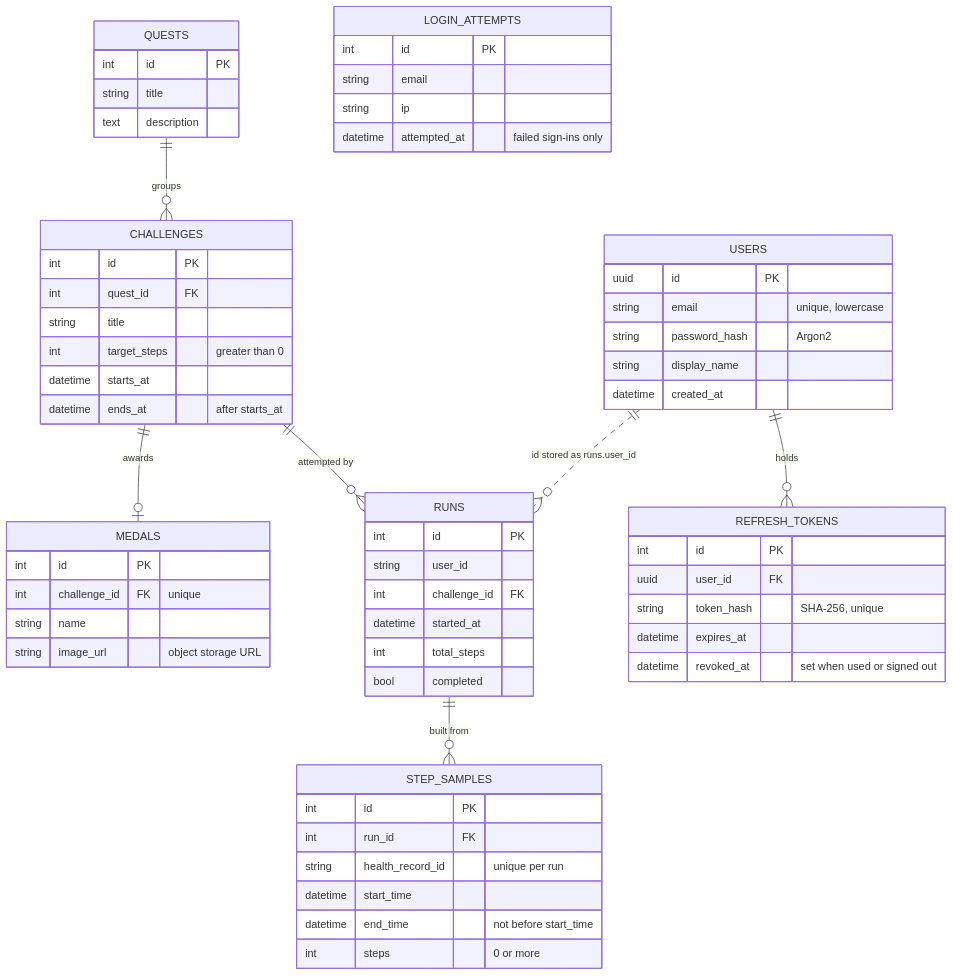
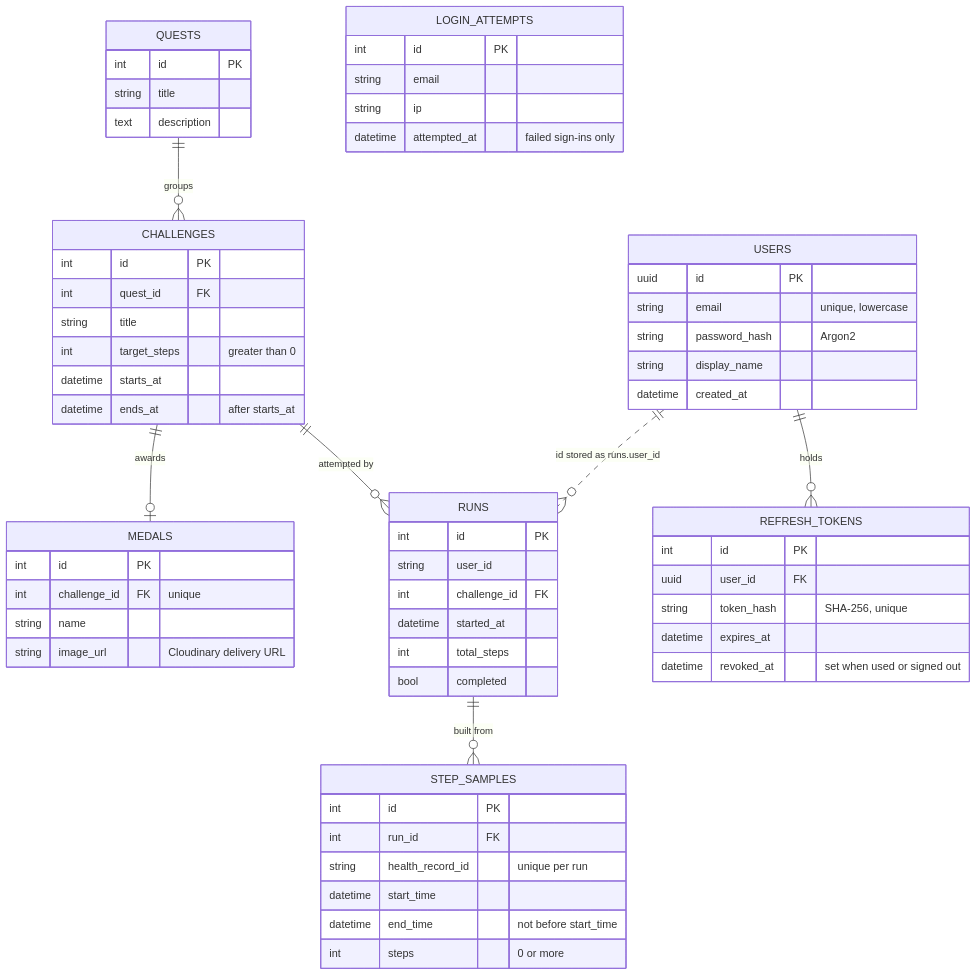
Before and after one commit to huynguyennang-agilityio/claude-code-training: the eighth of 9 diagrams in docs/architecture.md, drawn with Mermaid. The commit also changed other lines of this file and 19 other files, not shown here.

````diff
--- a/docs/architecture.md
+++ b/docs/architecture.md
@@ -291,65 +291,65 @@
 ```mermaid
 erDiagram
     QUESTS ||--o{ CHALLENGES : groups
     CHALLENGES ||--o| MEDALS : awards
     CHALLENGES ||--o{ RUNS : "attempted by"
     RUNS ||--o{ STEP_SAMPLES : "built from"
     USERS ||--o{ REFRESH_TOKENS : holds
     USERS ||..o{ RUNS : "id stored as runs.user_id"
 
     QUESTS {
         int id PK
         string title
         text description
     }
     CHALLENGES {
         int id PK
         int quest_id FK
         string title
         int target_steps "greater than 0"
         datetime starts_at
         datetime ends_at "after starts_at"
     }
     MEDALS {
         int id PK
         int challenge_id FK "unique"
         string name
-        string image_url "object storage URL"
+        string image_url "Cloudinary delivery URL"
     }
     RUNS {
         int id PK
         string user_id
         int challenge_id FK
         datetime started_at
         int total_steps
         bool completed
     }
     STEP_SAMPLES {
         int id PK
         int run_id FK
         string health_record_id "unique per run"
         datetime start_time
         datetime end_time "not before start_time"
         int steps "0 or more"
     }
     USERS {
         uuid id PK
         string email "unique, lowercase"
         string password_hash "Argon2"
         string display_name
         datetime created_at
     }
     REFRESH_TOKENS {
         int id PK
         uuid user_id FK
         string token_hash "SHA-256, unique"
         datetime expires_at
         datetime revoked_at "set when used or signed out"
     }
     LOGIN_ATTEMPTS {
         int id PK
         string email
         string ip
         datetime attempted_at "failed sign-ins only"
     }
 ```
````
